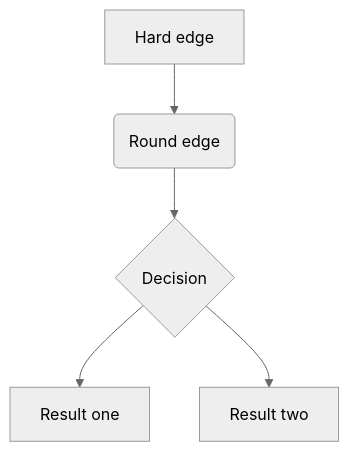
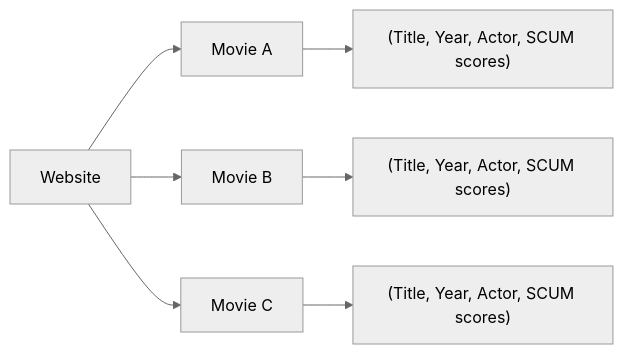
One commit to mikedecr/post_memo_scum changed the third of 3 diagrams in index.qmd. Above: the diagram before and after it, drawn with Mermaid (neutral theme). The commit also changed other lines of this file, not shown here.

````diff
--- a/index.qmd
+++ b/index.qmd
@@ -125,7 +94,10 @@
 ```{mermaid}
-flowchart TB
-  A[Hard edge] --> B(Round edge)
-  B --> C{Decision}
-  C --> D[Result one]
-  C --> E[Result two]
+%%| echo: false
+flowchart LR
+A[Website] --> B[Movie A]
+A[Website] --> C[Movie B]
+A[Website] --> D[Movie C]
+B --> E["(Title, Year, Actor, SCUM scores)"]
+C --> F["(Title, Year, Actor, SCUM scores)"]
+D --> G["(Title, Year, Actor, SCUM scores)"]
 ```
````
